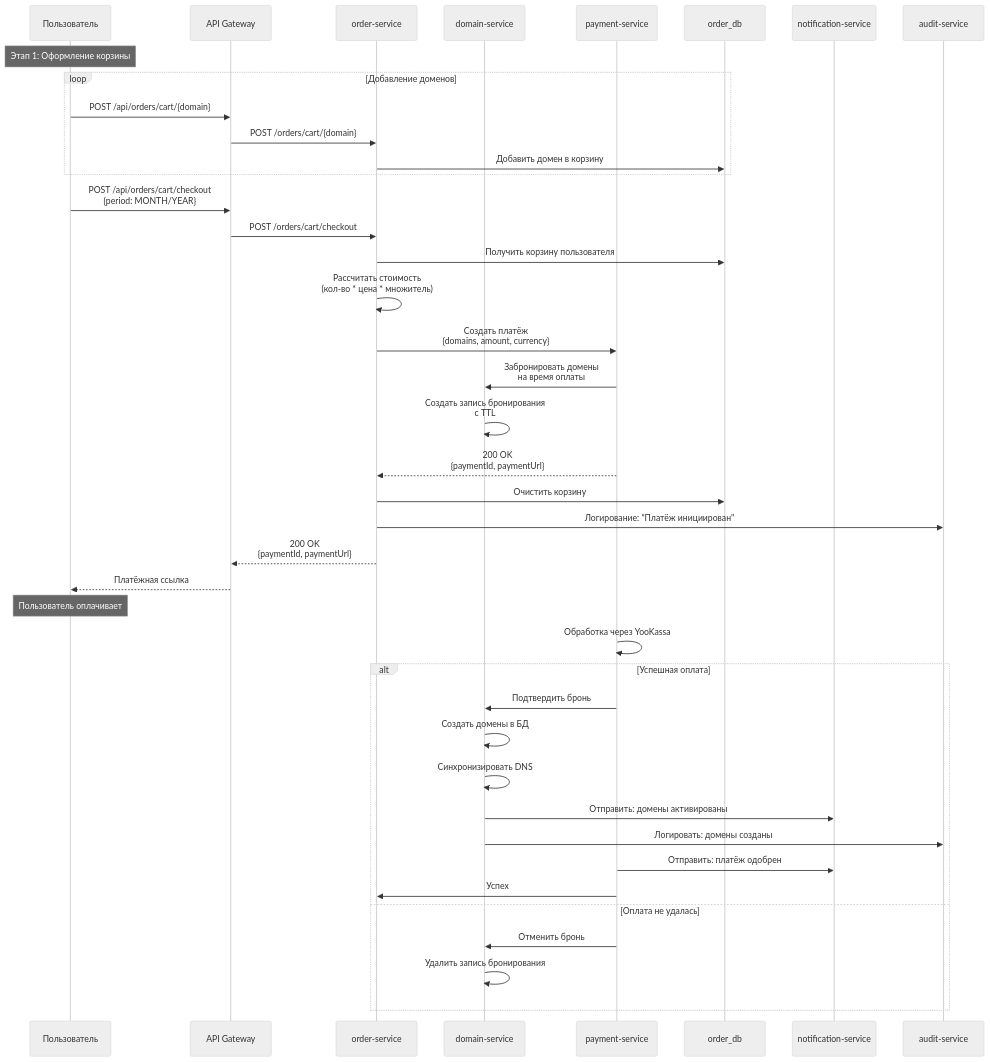
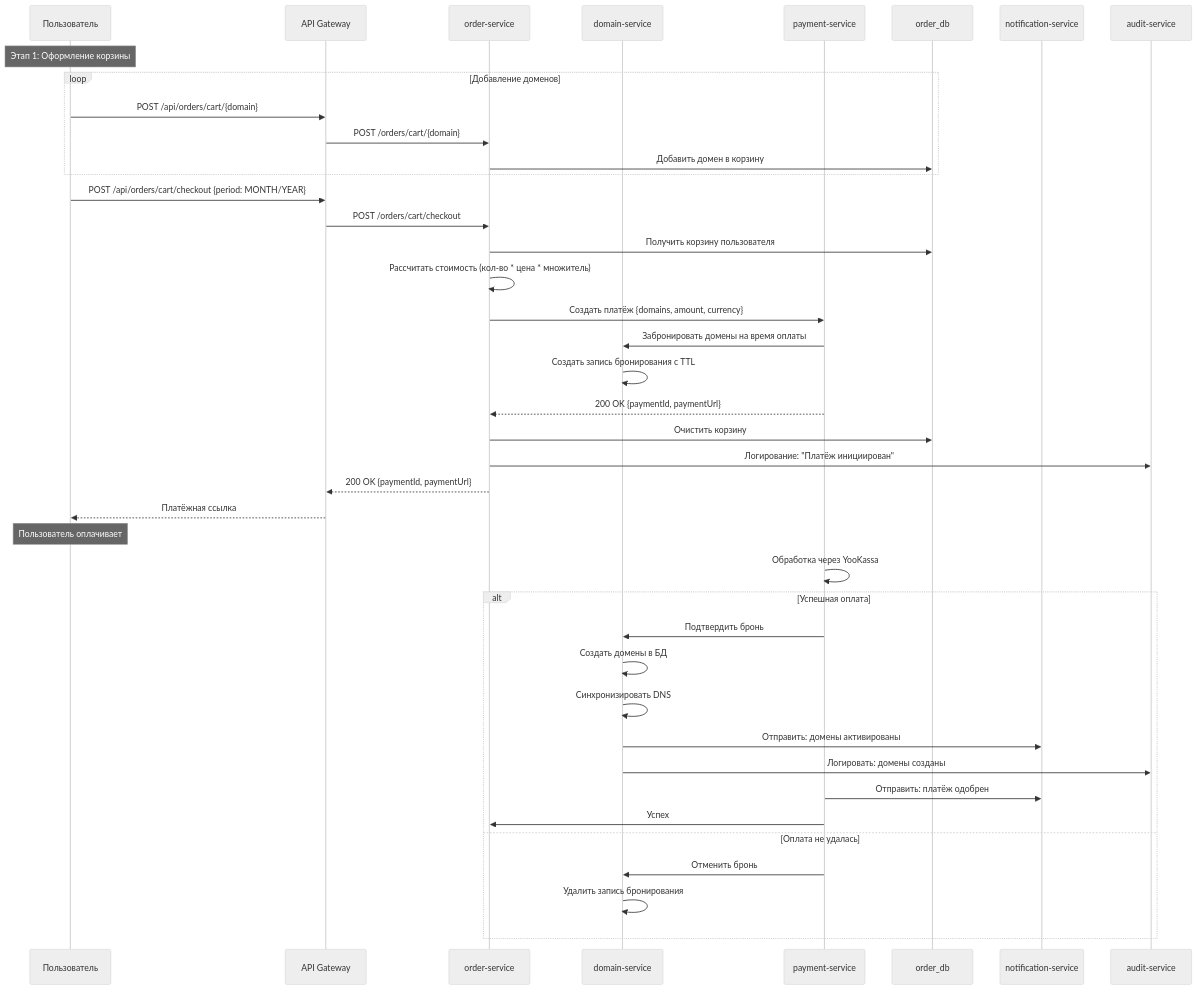
One commit to PawKorchagin/hrofos-domain-register changed the third of 25 diagrams in README.md. Above: the diagram before and after it, drawn with Mermaid (neutral theme). The commit also changed other lines of this file, not shown here.

````diff
--- a/README.md
+++ b/README.md
@@ -157,55 +157,55 @@
 ```mermaid
 sequenceDiagram
     participant U as Пользователь
     participant GW as API Gateway
     participant Order as order-service
     participant Domain as domain-service
     participant Payment as payment-service
     participant DB as order_db
     participant Notif as notification-service
     participant Audit as audit-service
 
     Note over U: Этап 1: Оформление корзины
 
     loop Добавление доменов
         U->>GW: POST /api/orders/cart/{domain}
         GW->>Order: POST /orders/cart/{domain}
         Order->>DB: Добавить домен в корзину
     end
 
-    U->>GW: POST /api/orders/cart/checkout<br/>{period: MONTH/YEAR}
+    U->>GW: POST /api/orders/cart/checkout {period: MONTH/YEAR}
     GW->>Order: POST /orders/cart/checkout
 
     Order->>DB: Получить корзину пользователя
-    Order->>Order: Рассчитать стоимость<br/>(кол-во * цена * множитель)
+    Order->>Order: Рассчитать стоимость (кол-во * цена * множитель)
 
-    Order->>Payment: Создать платёж<br/>{domains, amount, currency}
-    Payment->>Domain: Забронировать домены<br/>на время оплаты
-    Domain->>Domain: Создать запись бронирования<br/>с TTL
+    Order->>Payment: Создать платёж {domains, amount, currency}
+    Payment->>Domain: Забронировать домены на время оплаты
+    Domain->>Domain: Создать запись бронирования с TTL
 
-    Payment-->>Order: 200 OK<br/>{paymentId, paymentUrl}
+    Payment-->>Order: 200 OK {paymentId, paymentUrl}
 
     Order->>DB: Очистить корзину
     Order->>Audit: Логирование: "Платёж инициирован"
 
-    Order-->>GW: 200 OK<br/>{paymentId, paymentUrl}
+    Order-->>GW: 200 OK {paymentId, paymentUrl}
     GW-->>U: Платёжная ссылка
 
     Note over U: Пользователь оплачивает
 
     Payment->>Payment: Обработка через YooKassa
 
     alt Успешная оплата
         Payment->>Domain: Подтвердить бронь
         Domain->>Domain: Создать домены в БД
         Domain->>Domain: Синхронизировать DNS
         Domain->>Notif: Отправить: домены активированы
         Domain->>Audit: Логировать: домены созданы
 
         Payment->>Notif: Отправить: платёж одобрен
         Payment->>Order: Успех
     else Оплата не удалась
         Payment->>Domain: Отменить бронь
         Domain->>Domain: Удалить запись бронирования
     end
 ```
````
